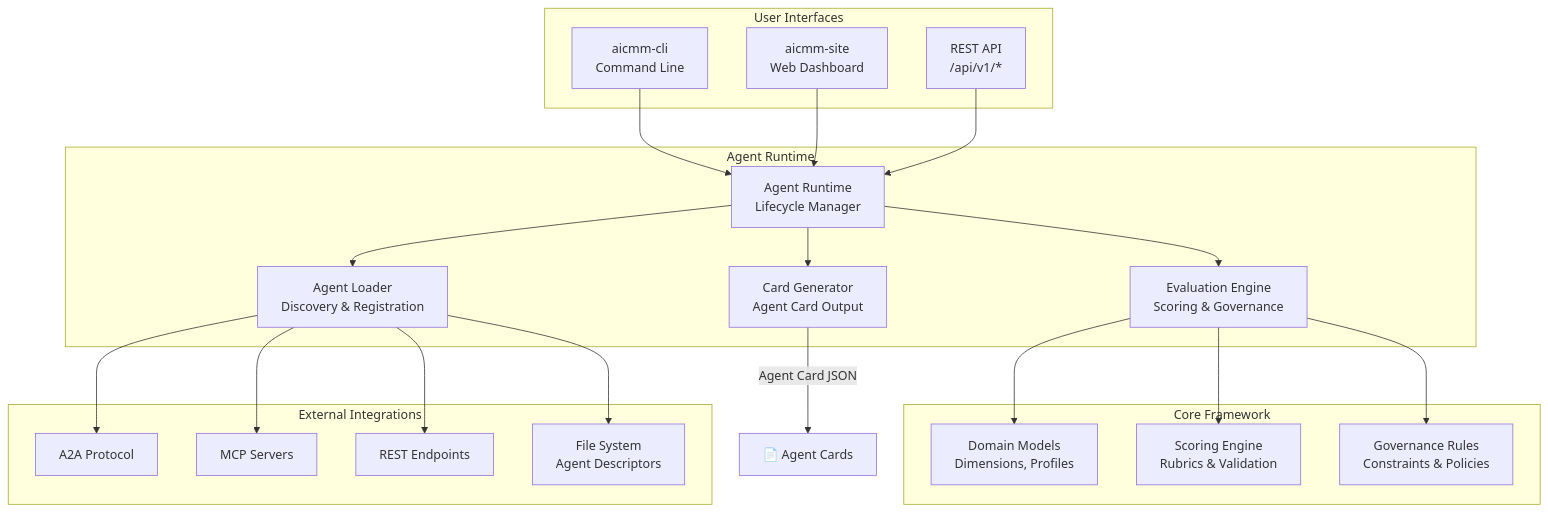
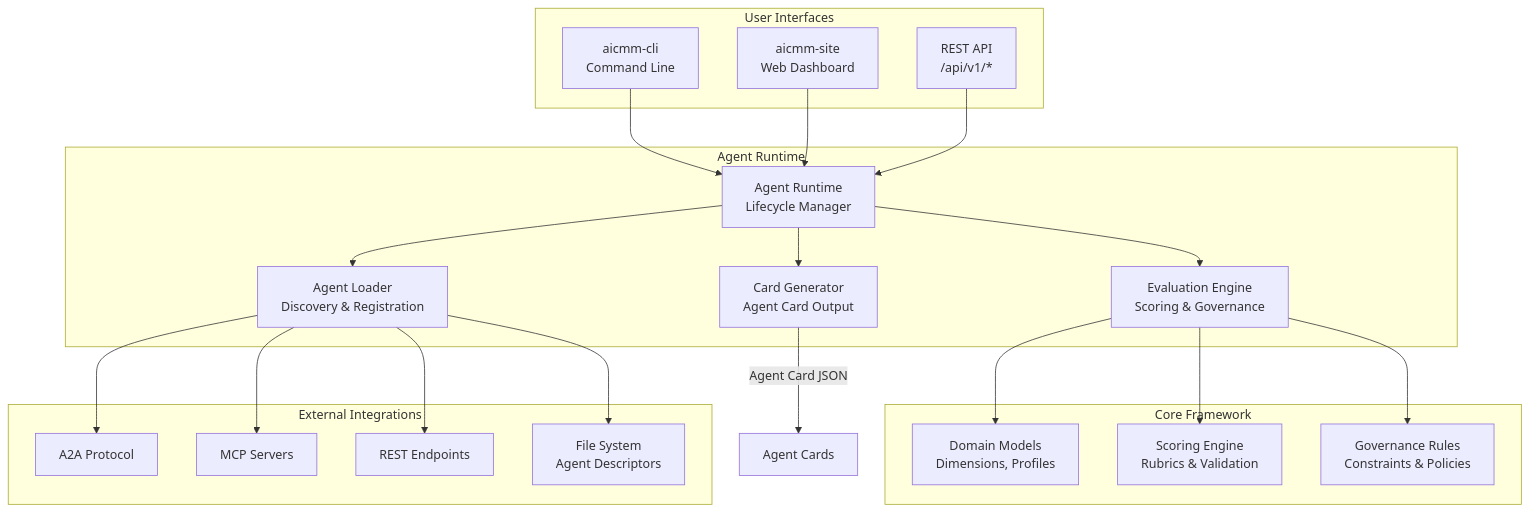
The first of 8 diagrams in docs/architecture/platform-architecture.md (snchande/Arima-AiCMM), drawn with Mermaid before and after one commit. The commit also changed other lines of this file and 4 other files, not shown here.

First line of the commit message:
fix: Mermaid rendering and add Architecture nav link

````diff
--- a/docs/architecture/platform-architecture.md
+++ b/docs/architecture/platform-architecture.md
@@ -9,47 +9,47 @@
 ```mermaid
 graph TB
     subgraph "User Interfaces"
         CLI["aicmm-cli<br/>Command Line"]
         Site["aicmm-site<br/>Web Dashboard"]
         API["REST API<br/>/api/v1/*"]
     end
 
     subgraph "Agent Runtime"
         Loader["Agent Loader<br/>Discovery & Registration"]
         Evaluator["Evaluation Engine<br/>Scoring & Governance"]
         CardGen["Card Generator<br/>Agent Card Output"]
         Runtime["Agent Runtime<br/>Lifecycle Manager"]
     end
 
     subgraph "Core Framework"
         Models["Domain Models<br/>Dimensions, Profiles"]
         Scoring["Scoring Engine<br/>Rubrics & Validation"]
         Governance["Governance Rules<br/>Constraints & Policies"]
     end
 
     subgraph "External Integrations"
         A2A["A2A Protocol"]
         MCP["MCP Servers"]
         REST_EXT["REST Endpoints"]
         FS["File System<br/>Agent Descriptors"]
     end
 
     CLI --> Runtime
     Site --> Runtime
     API --> Runtime
 
     Runtime --> Loader
     Runtime --> Evaluator
     Runtime --> CardGen
 
     Evaluator --> Models
     Evaluator --> Scoring
     Evaluator --> Governance
 
     Loader --> A2A
     Loader --> MCP
     Loader --> REST_EXT
     Loader --> FS
 
-    CardGen --> |"Agent Card JSON"| Output["📄 Agent Cards"]
+    CardGen --> |"Agent Card JSON"| Output["Agent Cards"]
 ```
````
